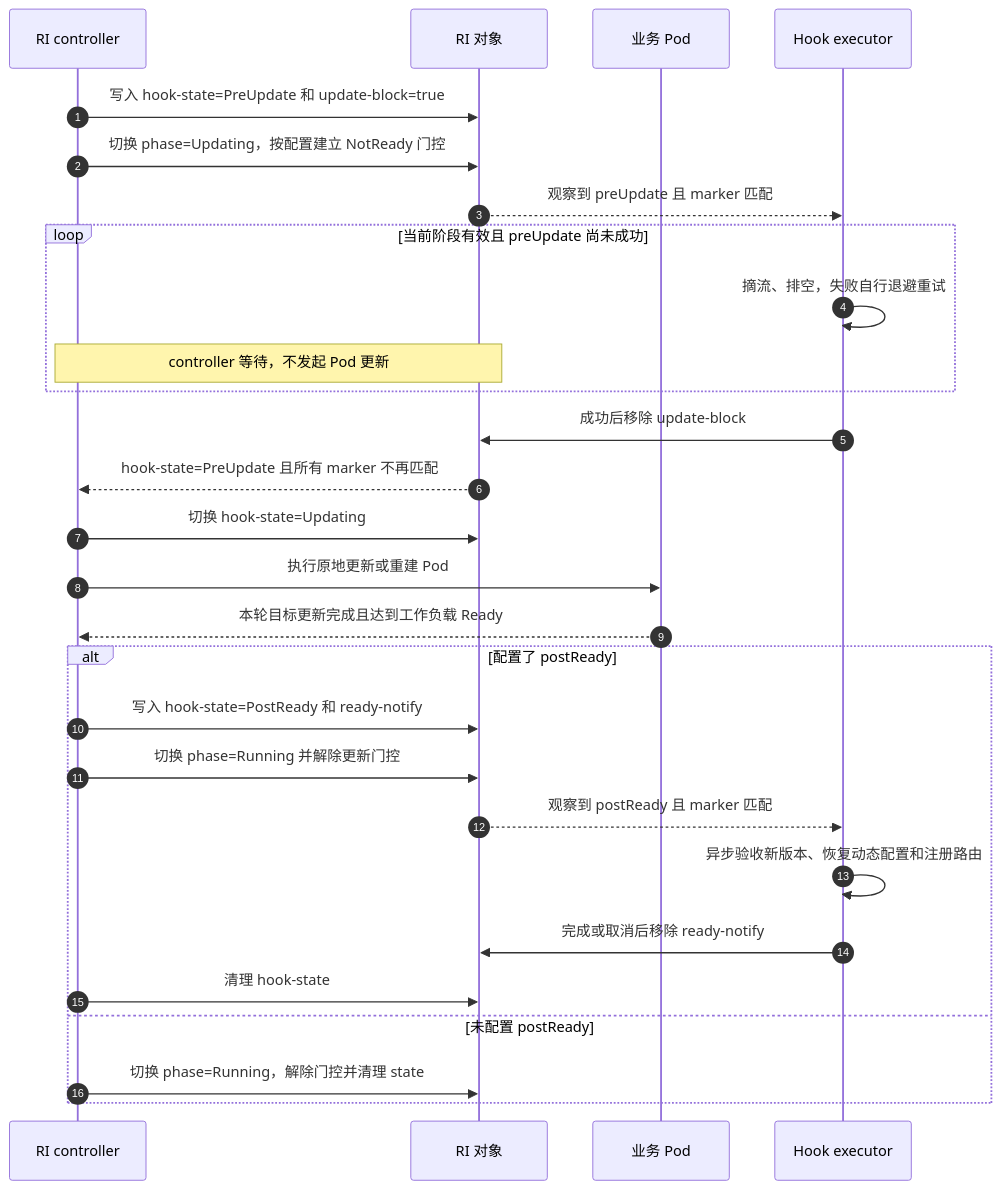
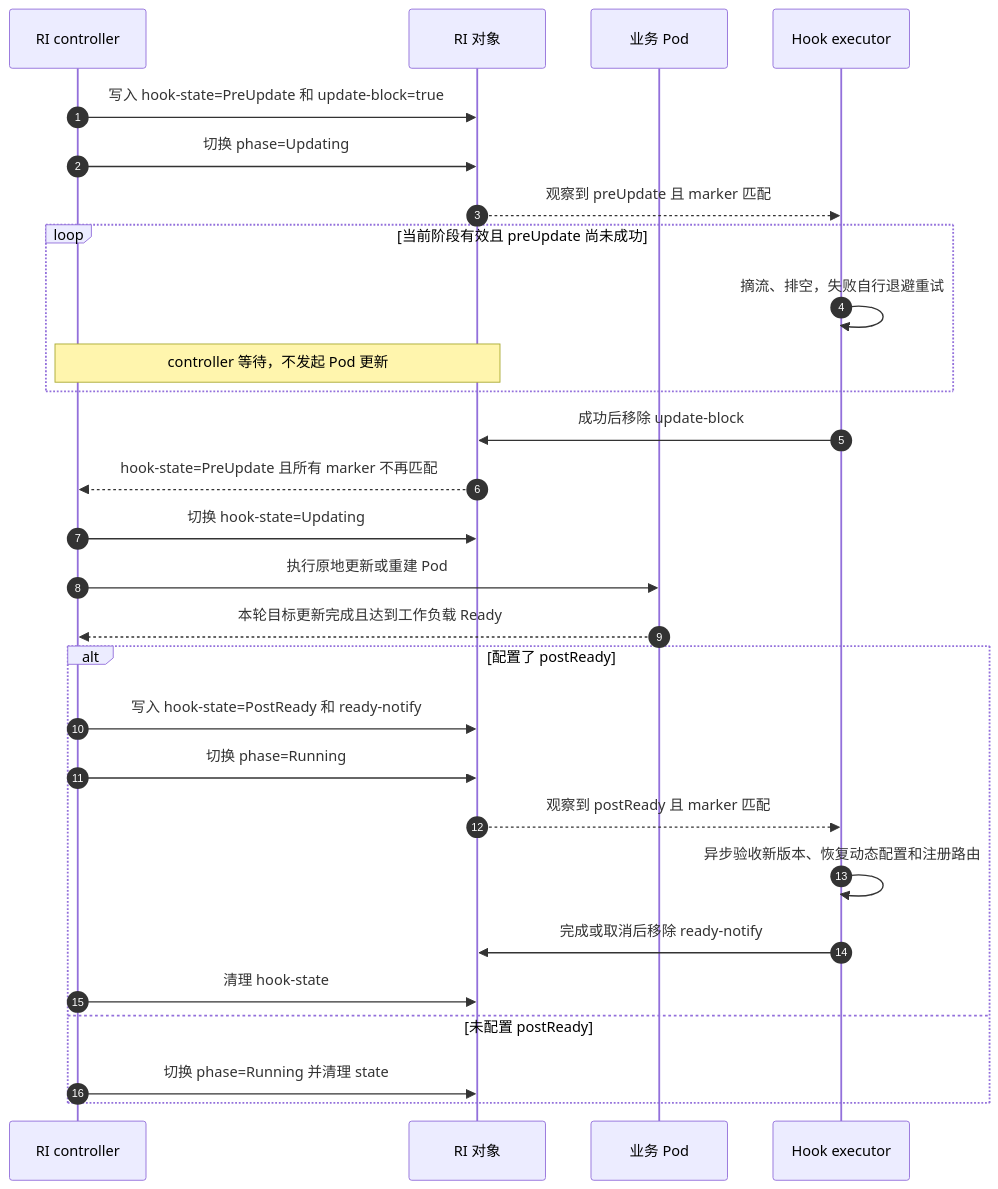
Before and after one commit to sgl-project/rbg: the first of 4 diagrams in keps/527-roleinstance-lifecycle/README.zh-CN.md, drawn with Mermaid. The commit also changed other lines of this file and 1 other file, not shown here.

Commit message:
docs: remove markNotReady and readiness gating from KEP-527

````diff
--- a/keps/527-roleinstance-lifecycle/README.zh-CN.md
+++ b/keps/527-roleinstance-lifecycle/README.zh-CN.md
@@ -408,30 +375,30 @@
 ```mermaid
 sequenceDiagram
     autonumber
     participant C as RI controller
     participant R as RI 对象
     participant P as 业务 Pod
     participant E as Hook executor
     C->>R: 写入 hook-state=PreUpdate 和 update-block=true
-    C->>R: 切换 phase=Updating，按配置建立 NotReady 门控
+    C->>R: 切换 phase=Updating
     R-->>E: 观察到 preUpdate 且 marker 匹配
     loop 当前阶段有效且 preUpdate 尚未成功
         E->>E: 摘流、排空，失败自行退避重试
         Note over C,R: controller 等待，不发起 Pod 更新
     end
     E->>R: 成功后移除 update-block
     R-->>C: hook-state=PreUpdate 且所有 marker 不再匹配
     C->>R: 切换 hook-state=Updating
     C->>P: 执行原地更新或重建 Pod
     P-->>C: 本轮目标更新完成且达到工作负载 Ready
     alt 配置了 postReady
         C->>R: 写入 hook-state=PostReady 和 ready-notify
-        C->>R: 切换 phase=Running 并解除更新门控
+        C->>R: 切换 phase=Running
         R-->>E: 观察到 postReady 且 marker 匹配
         E->>E: 异步验收新版本、恢复动态配置和注册路由
         E->>R: 完成或取消后移除 ready-notify
         C->>R: 清理 hook-state
     else 未配置 postReady
-        C->>R: 切换 phase=Running，解除门控并清理 state
+        C->>R: 切换 phase=Running 并清理 state
     end
 ```
````
